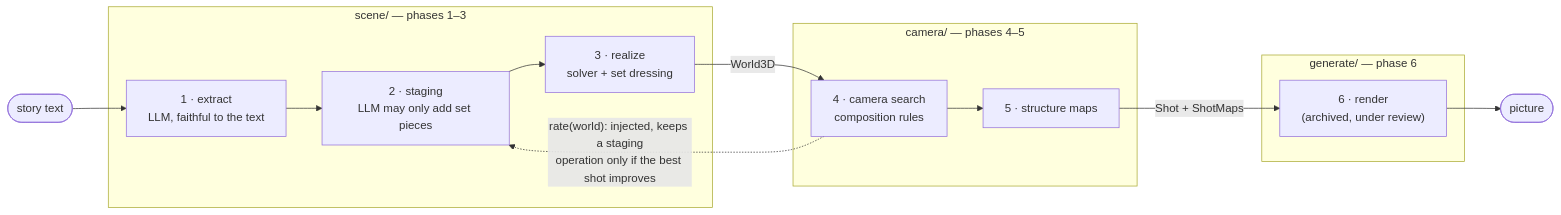
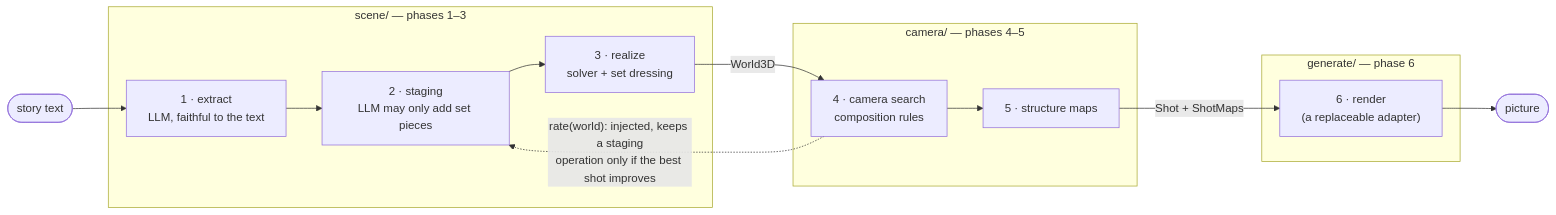
One commit to TaihouKai/FrameSeeker changed the first of 2 diagrams in README.md. Above: the diagram before and after it, drawn with Mermaid. The commit also changed other lines of this file and 28 other files, not shown here.

````diff
--- a/README.md
+++ b/README.md
@@ -21,18 +81,18 @@
 ```mermaid
 flowchart LR
   T([story text]) --> P1
   subgraph scene["scene/ — phases 1–3"]
     P1["1 · extract<br/>LLM, faithful to the text"] --> P2["2 · staging<br/>LLM may only add set pieces"]
     P2 --> P3["3 · realize<br/>solver + set dressing"]
   end
   subgraph camera["camera/ — phases 4–5"]
     P4["4 · camera search<br/>composition rules"] --> P5["5 · structure maps"]
   end
   subgraph generate["generate/ — phase 6"]
-    P6["6 · render<br/>(archived, under review)"]
+    P6["6 · render<br/>(a replaceable adapter)"]
   end
   P3 -- "World3D" --> P4
   P5 -- "Shot + ShotMaps" --> P6
   P6 --> I([picture])
   P4 -. "rate(world): injected, keeps a staging<br/>operation only if the best shot improves" .-> P2
 ```
````
